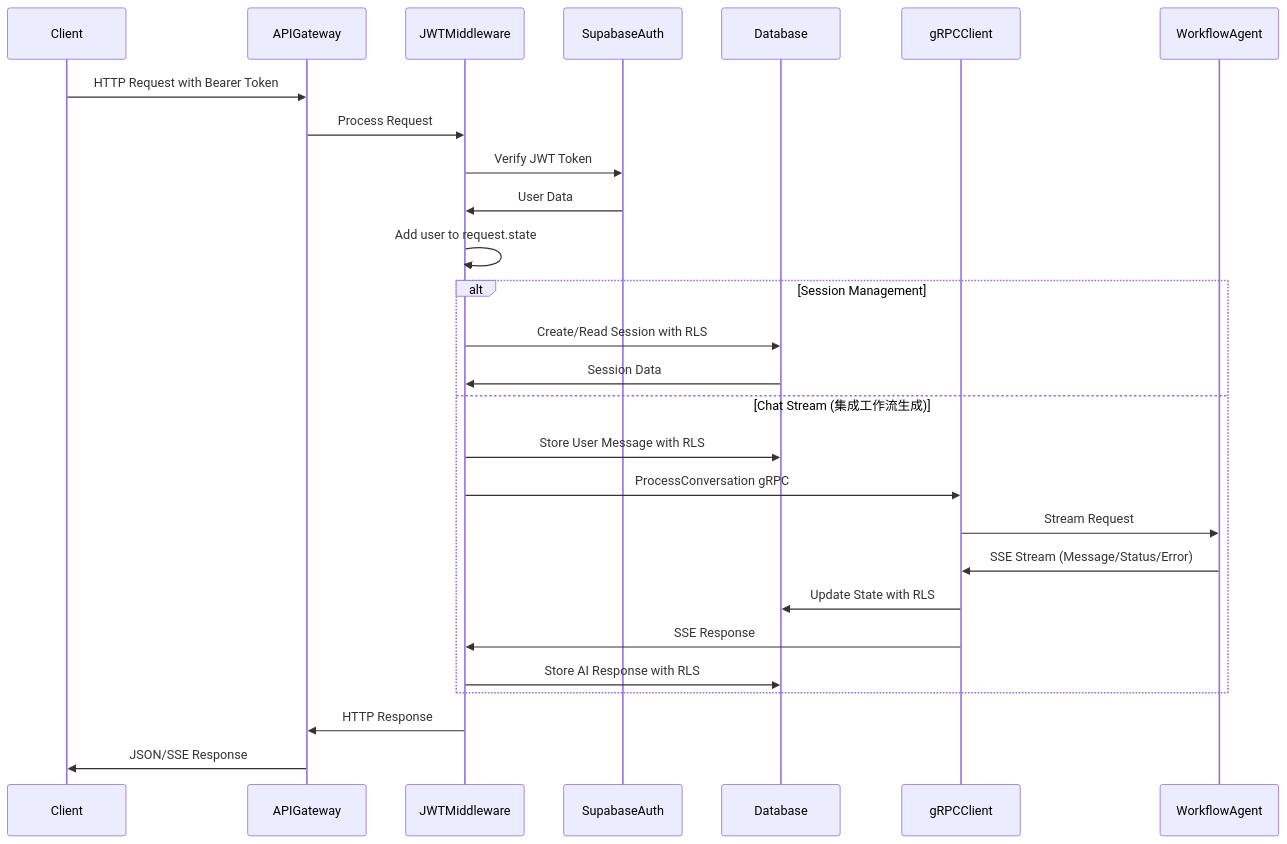
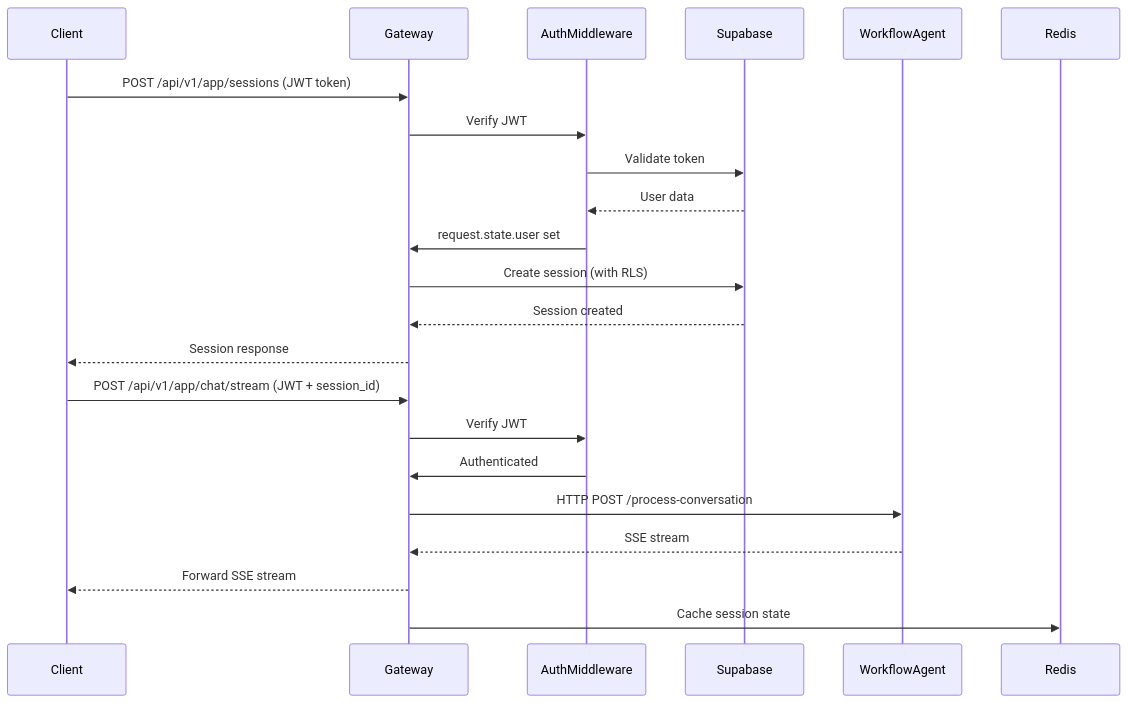
Before and after one commit to CurvatureX/agent_team_monorepo: the first of 2 diagrams in docs/tech-design/api-gateway-architecture.md, drawn with Mermaid. The commit also changed other lines of this file and 22 other files, not shown here.

````diff
--- a/docs/tech-design/api-gateway-architecture.md
+++ b/docs/tech-design/api-gateway-architecture.md
@@ -902,34 +234,26 @@
 ```mermaid
 sequenceDiagram
     participant Client
-    participant APIGateway
-    participant JWTMiddleware
-    participant SupabaseAuth
-    participant Database
-    participant gRPCClient
+    participant Gateway
+    participant AuthMiddleware
+    participant Supabase
     participant WorkflowAgent
+    participant Redis
 
-    # 认证流程
-    Client->>APIGateway: HTTP Request with Bearer Token
-    APIGateway->>JWTMiddleware: Process Request
-    JWTMiddleware->>SupabaseAuth: Verify JWT Token
-    SupabaseAuth->>JWTMiddleware: User Data
-    JWTMiddleware->>JWTMiddleware: Add user to request.state
+    Client->>Gateway: POST /api/v1/app/sessions (JWT token)
+    Gateway->>AuthMiddleware: Verify JWT
+    AuthMiddleware->>Supabase: Validate token
+    Supabase-->>AuthMiddleware: User data
+    AuthMiddleware->>Gateway: request.state.user set
+    Gateway->>Supabase: Create session (with RLS)
+    Supabase-->>Gateway: Session created
+    Gateway-->>Client: Session response
 
-    # 业务逻辑处理
-    alt Session Management
-        JWTMiddleware->>Database: Create/Read Session with RLS
-        Database->>JWTMiddleware: Session Data
-    else Chat Stream (集成工作流生成)
-        JWTMiddleware->>Database: Store User Message with RLS
-        JWTMiddleware->>gRPCClient: ProcessConversation gRPC
-        gRPCClient->>WorkflowAgent: Stream Request
-        WorkflowAgent->>gRPCClient: SSE Stream (Message/Status/Error)
-        gRPCClient->>Database: Update State with RLS
-        gRPCClient->>JWTMiddleware: SSE Response
-        JWTMiddleware->>Database: Store AI Response with RLS
-    end
-
-    JWTMiddleware->>APIGateway: HTTP Response
-    APIGateway->>Client: JSON/SSE Response
+    Client->>Gateway: POST /api/v1/app/chat/stream (JWT + session_id)
+    Gateway->>AuthMiddleware: Verify JWT
+    AuthMiddleware->>Gateway: Authenticated
+    Gateway->>WorkflowAgent: HTTP POST /process-conversation
+    WorkflowAgent-->>Gateway: SSE stream
+    Gateway-->>Client: Forward SSE stream
+    Gateway->>Redis: Cache session state
 ```
````
